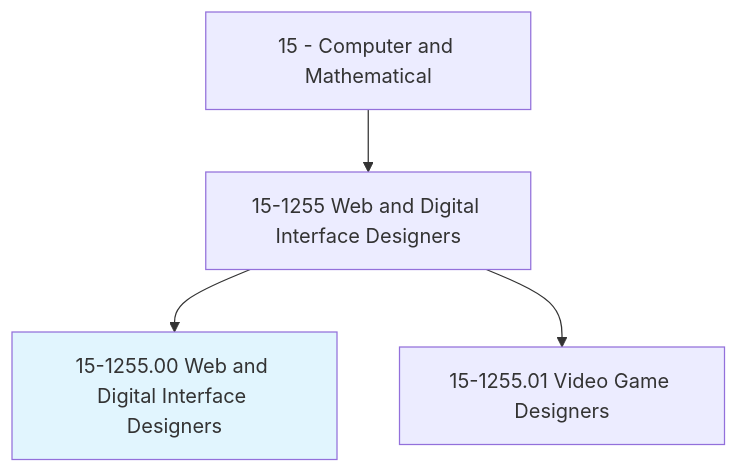
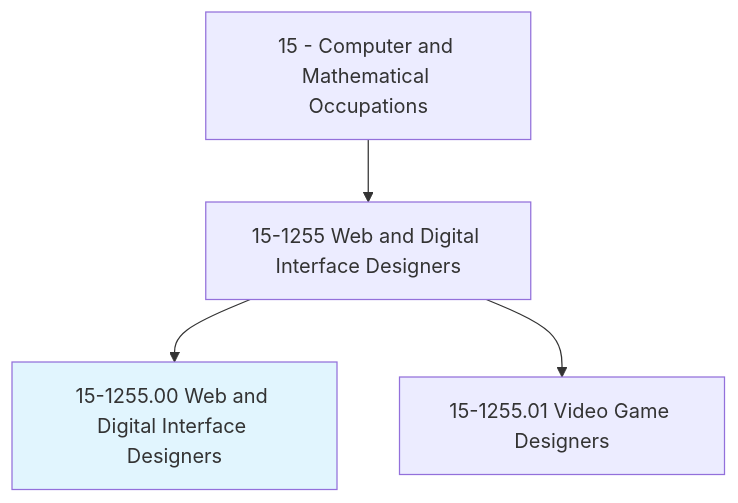
Before and after one commit to kziemski/business.org.ai: the first of 4 diagrams in occupations/Technology/WebAndDigitalInterfaceDesigners.mdx, drawn with Mermaid. The commit also changed other lines of this file and 938 other files, not shown here.

````diff
--- a/occupations/Technology/WebAndDigitalInterfaceDesigners.mdx
+++ b/occupations/Technology/WebAndDigitalInterfaceDesigners.mdx
@@ -19,7 +23,7 @@
 ```mermaid
 graph TD
-    Cat15["15 - Computer and Mathematical"] --> Group151255["15-1255 Web and Digital Interface Designers"]
+    Cat15["15 - Computer and Mathematical Occupations"] --> Group151255["15-1255 Web and Digital Interface Designers"]
     Group151255 --> Current["15-1255.00 Web and Digital Interface Designers"]
     style Current fill:#e1f5fe
     Group151255 --> V15125501["15-1255.01 Video Game Designers"]
 ```
````
